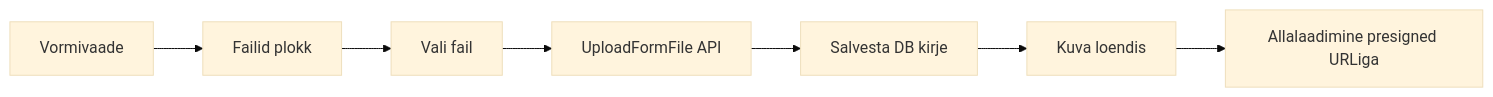
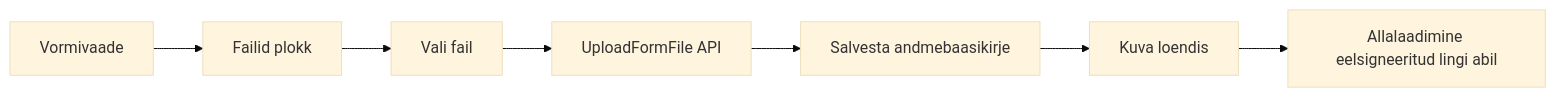
The second of 2 diagrams in docs/admin-guide.md (kemit-ee/ljvis-2), drawn with Mermaid (base theme) before and after one commit. The commit also changed other lines of this file and 7 other files, not shown here.

````diff
--- a/docs/admin-guide.md
+++ b/docs/admin-guide.md
@@ -842,9 +842,9 @@
 ```mermaid
 flowchart LR
     A[Vormivaade] --> B[Failid plokk]
     B --> C[Vali fail]
     C --> D[UploadFormFile API]
-    D --> E[Salvesta DB kirje]
+    D --> E[Salvesta andmebaasikirje]
     E --> F[Kuva loendis]
-    F --> G[Allalaadimine presigned URLiga]
+    F --> G[Allalaadimine eelsigneeritud lingi abil]
 ```
````
